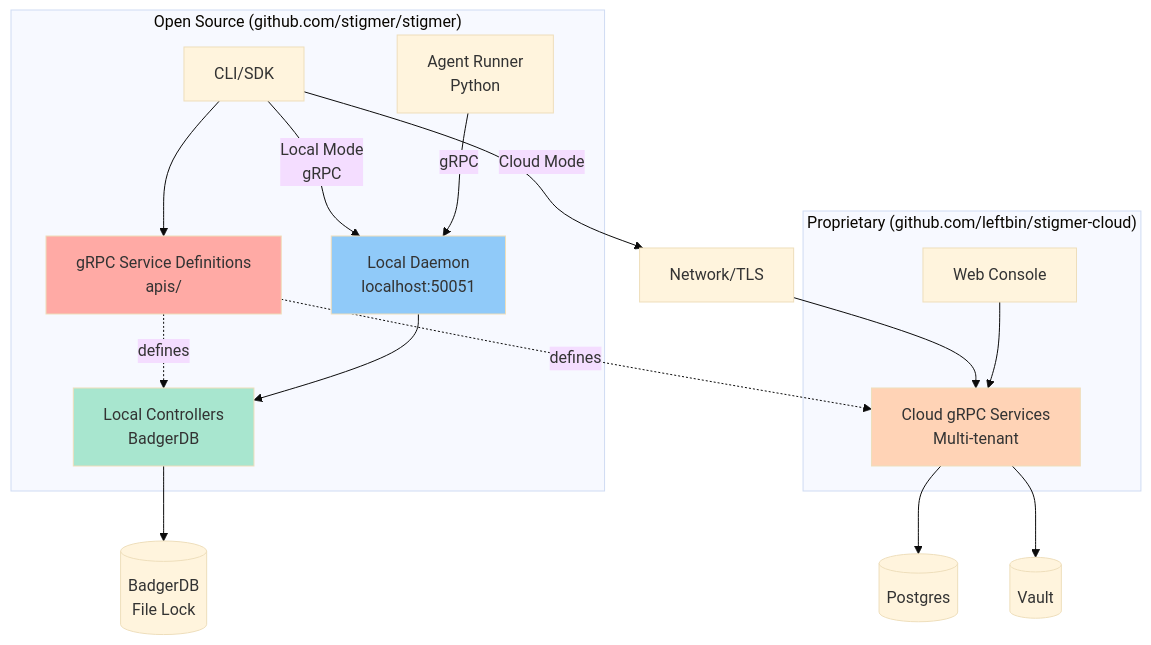
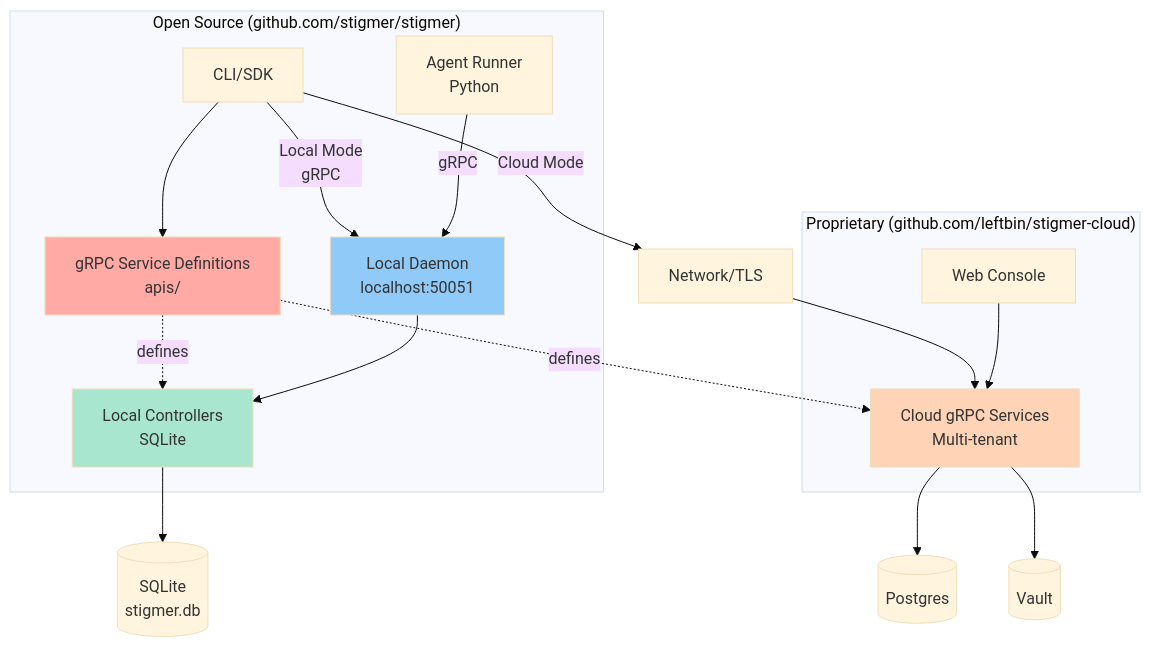
The diagram in docs/architecture/open-core-model.md (stigmer/stigmer), drawn with Mermaid (base theme) before and after one commit. The commit also changed other lines of this file and 35 other files, not shown here.

````diff
--- a/docs/architecture/open-core-model.md
+++ b/docs/architecture/open-core-model.md
@@ -55,36 +55,36 @@
 ```mermaid
 flowchart TB
     subgraph "Open Source (github.com/stigmer/stigmer)"
         CLI[CLI/SDK]
         Proto[gRPC Service Definitions<br/>apis/]
         Daemon[Local Daemon<br/>localhost:50051]
-        Local[Local Controllers<br/>BadgerDB]
+        Local[Local Controllers<br/>SQLite]
         AgentRunner[Agent Runner<br/>Python]
     end
     
     subgraph "Proprietary (github.com/leftbin/stigmer-cloud)"
         Cloud[Cloud gRPC Services<br/>Multi-tenant]
         Console[Web Console]
     end
     
     CLI --> Proto
     Proto -.defines.-> Local
     Proto -.defines.-> Cloud
     
     CLI -->|Local Mode<br/>gRPC| Daemon
     AgentRunner -->|gRPC| Daemon
     Daemon --> Local
-    Local --> BadgerDB[(BadgerDB<br/>File Lock)]
+    Local --> SQLiteDB[(SQLite<br/>stigmer.db)]
     
     CLI -->|Cloud Mode| Network[Network/TLS]
     Network --> Cloud
     Cloud --> Postgres[(Postgres)]
     Cloud --> Vault[(Vault)]
     
     Console --> Cloud
     
     style Proto fill:#ffaaa5
     style Local fill:#a8e6cf
     style Cloud fill:#ffd3b6
     style Daemon fill:#90caf9
 ```
````
